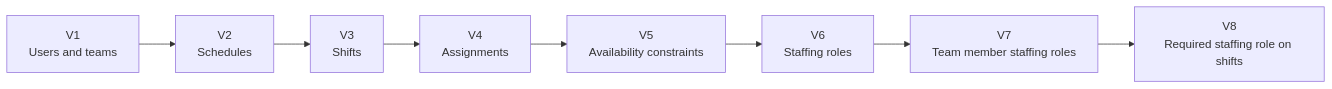
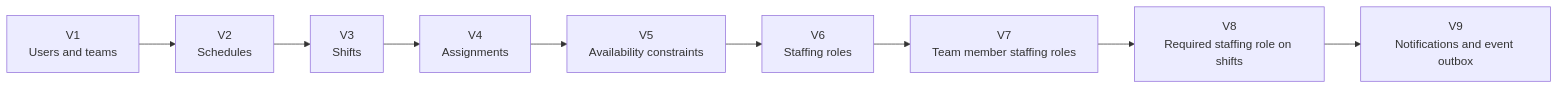
One commit to HiliMor/shift-management-system changed diagram 15 of 15 in docs/current-backend-architecture.md. Above: the diagram before and after it, drawn with Mermaid. The commit also changed other lines of this file and 11 other files, not shown here.

Commit message:
Notifications: add event outbox for schedule publication

````diff
--- a/docs/current-backend-architecture.md
+++ b/docs/current-backend-architecture.md
@@ -438,13 +502,14 @@
 ```mermaid
 flowchart LR
     v1["V1<br/>Users and teams"]
     v2["V2<br/>Schedules"]
     v3["V3<br/>Shifts"]
     v4["V4<br/>Assignments"]
     v5["V5<br/>Availability constraints"]
     v6["V6<br/>Staffing roles"]
     v7["V7<br/>Team member staffing roles"]
     v8["V8<br/>Required staffing role on shifts"]
+    v9["V9<br/>Notifications and event outbox"]
 
-    v1 --> v2 --> v3 --> v4 --> v5 --> v6 --> v7 --> v8
+    v1 --> v2 --> v3 --> v4 --> v5 --> v6 --> v7 --> v8 --> v9
 ```
````
